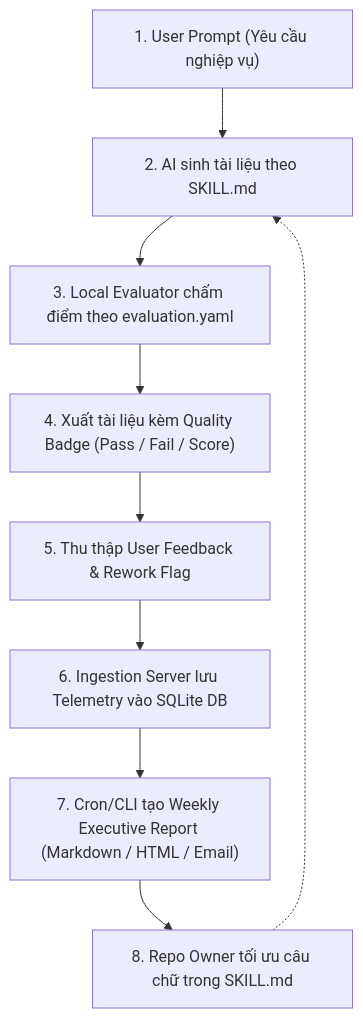
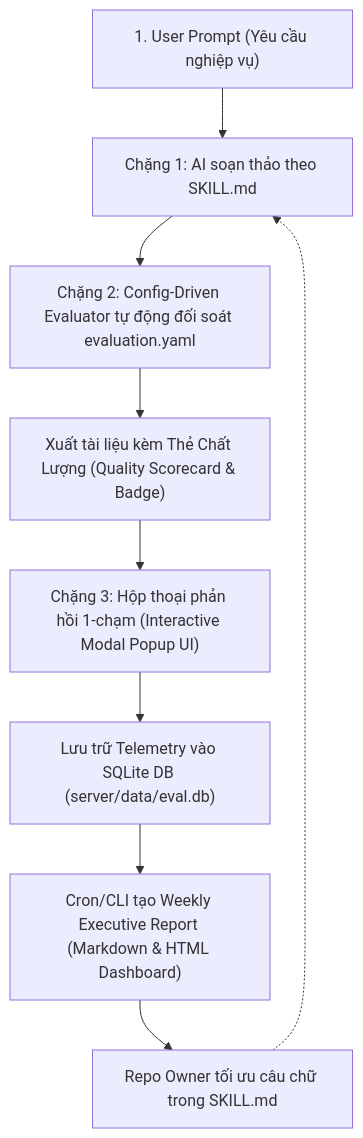
Before and after one commit to krystalnguyen594-maker/ai-skills: the diagram in docs/system-updates-and-contribution-guide.md, drawn with Mermaid. The commit also changed other lines of this file and 49 other files, not shown here.

Commit message:
feat: complete config-driven evaluator, dual benchmarks across 20 skills, 3-tier pipeline, and updated transfer docs

````diff
--- a/docs/system-updates-and-contribution-guide.md
+++ b/docs/system-updates-and-contribution-guide.md
@@ -42,11 +43,11 @@
 ```mermaid
 flowchart TD
-    A["1. User Prompt (Yêu cầu nghiệp vụ)"] --> B["2. AI sinh tài liệu theo SKILL.md"]
-    B --> C["3. Local Evaluator chấm điểm theo evaluation.yaml"]
-    C --> D["4. Xuất tài liệu kèm Quality Badge (Pass / Fail / Score)"]
-    D --> E["5. Thu thập User Feedback & Rework Flag"]
-    E --> F["6. Ingestion Server lưu Telemetry vào SQLite DB"]
-    F --> G["7. Cron/CLI tạo Weekly Executive Report (Markdown / HTML / Email)"]
-    G --> H["8. Repo Owner tối ưu câu chữ trong SKILL.md"]
+    A["1. User Prompt (Yêu cầu nghiệp vụ)"] --> B["Chặng 1: AI soạn thảo theo SKILL.md"]
+    B --> C["Chặng 2: Config-Driven Evaluator tự động đối soát evaluation.yaml"]
+    C --> D["Xuất tài liệu kèm Thẻ Chất Lượng (Quality Scorecard & Badge)"]
+    D --> E["Chặng 3: Hộp thoại phản hồi 1-chạm (Interactive Modal Popup UI)"]
+    E --> F["Lưu trữ Telemetry vào SQLite DB (server/data/eval.db)"]
+    F --> G["Cron/CLI tạo Weekly Executive Report (Markdown & HTML Dashboard)"]
+    G --> H["Repo Owner tối ưu câu chữ trong SKILL.md"]
     H -.-> B
 ```
````
